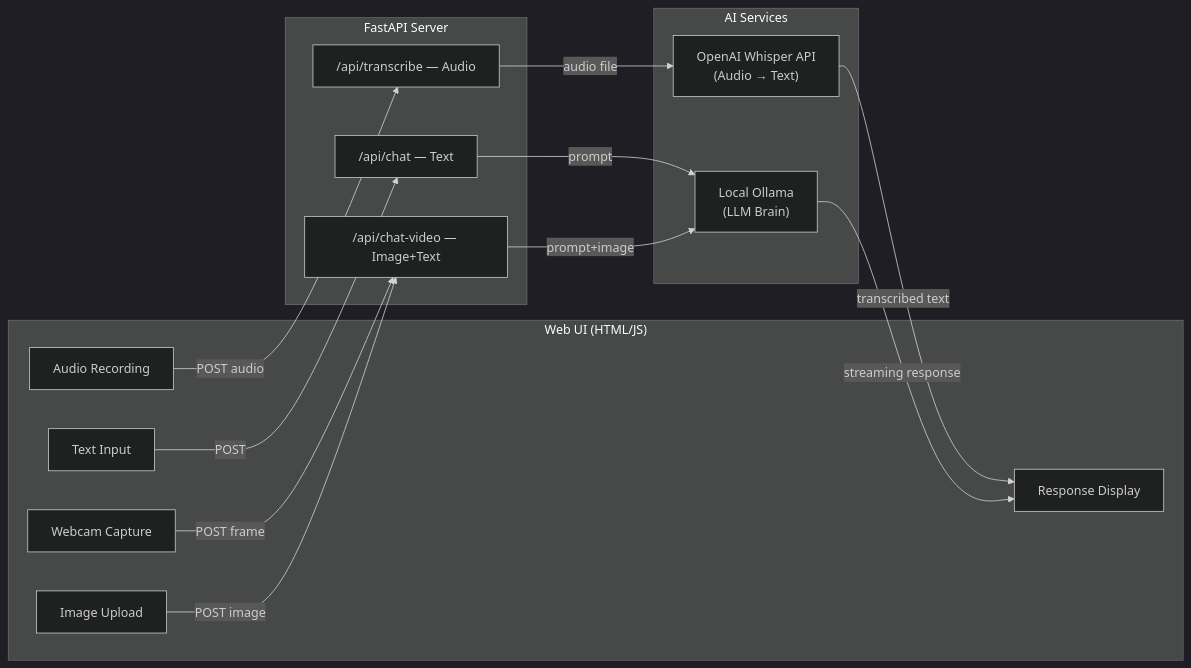
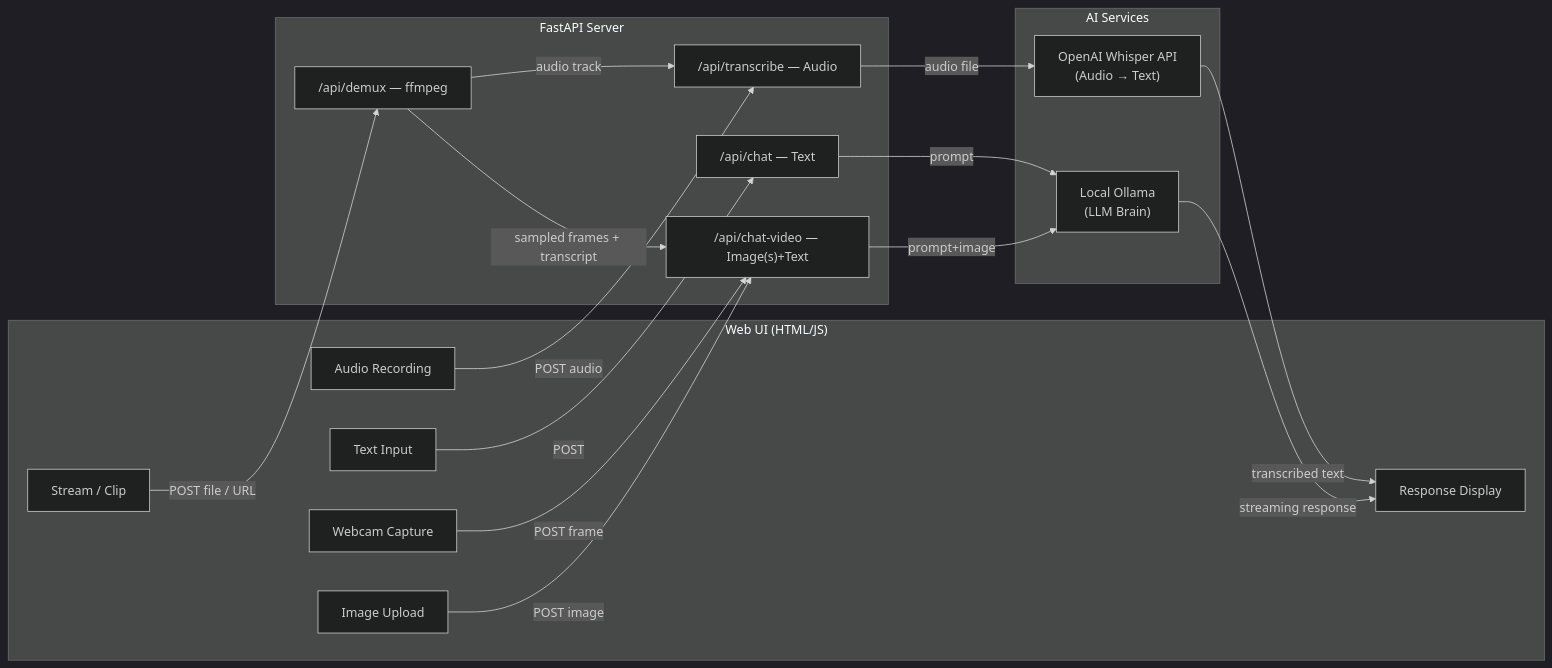
Before and after one commit to prettyls/personalHelper: the diagram in README.md, drawn with Mermaid (dark theme). The commit also changed other lines of this file and 6 other files, not shown here.

````diff
--- a/README.md
+++ b/README.md
@@ -7,28 +7,33 @@
 ```mermaid
 graph LR
     subgraph Frontend["Web UI (HTML/JS)"]
         A[Text Input]
         B[Audio Recording]
         C[Webcam Capture]
         D[Image Upload]
+        K[Stream / Clip]
         E[Response Display]
     end
     subgraph Backend["FastAPI Server"]
         F["/api/chat — Text"]
         G["/api/transcribe — Audio"]
-        H["/api/chat-video — Image+Text"]
+        H["/api/chat-video — Image(s)+Text"]
+        L["/api/demux — ffmpeg"]
     end
     subgraph External["AI Services"]
         I["OpenAI Whisper API\n(Audio → Text)"]
         J["Local Ollama\n(LLM Brain)"]
     end
     A -->|POST| F
     B -->|POST audio| G
     G -->|audio file| I
     I -->|transcribed text| E
     C -->|POST frame| H
     D -->|POST image| H
+    K -->|POST file / URL| L
+    L -->|audio track| G
+    L -->|sampled frames + transcript| H
     F -->|prompt| J
     H -->|prompt+image| J
     J -->|streaming response| E
 ```
````
